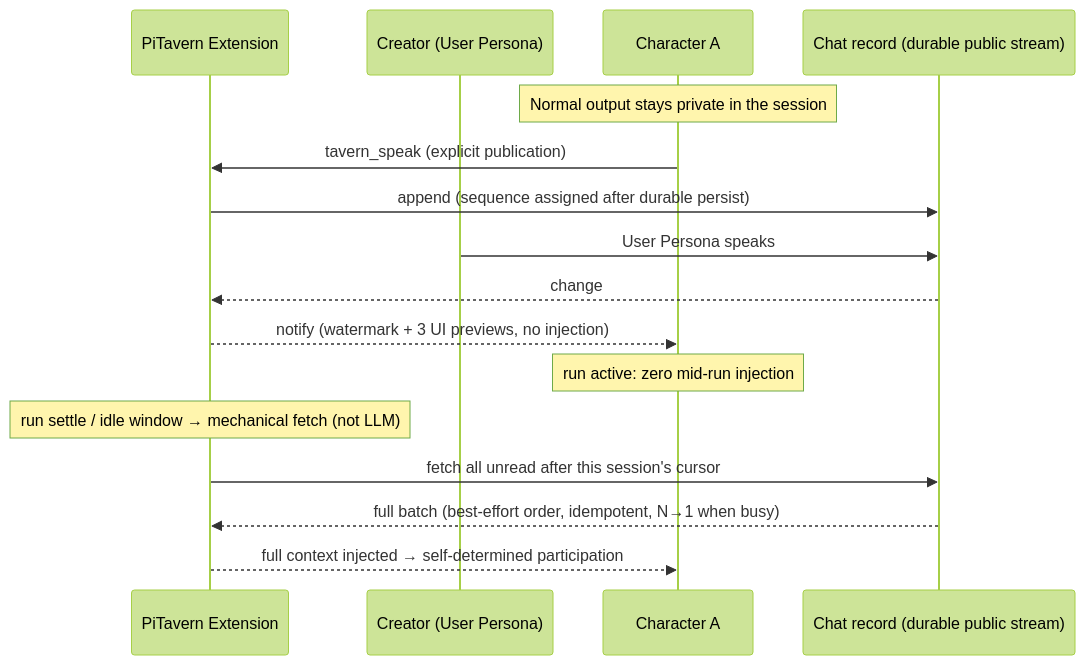
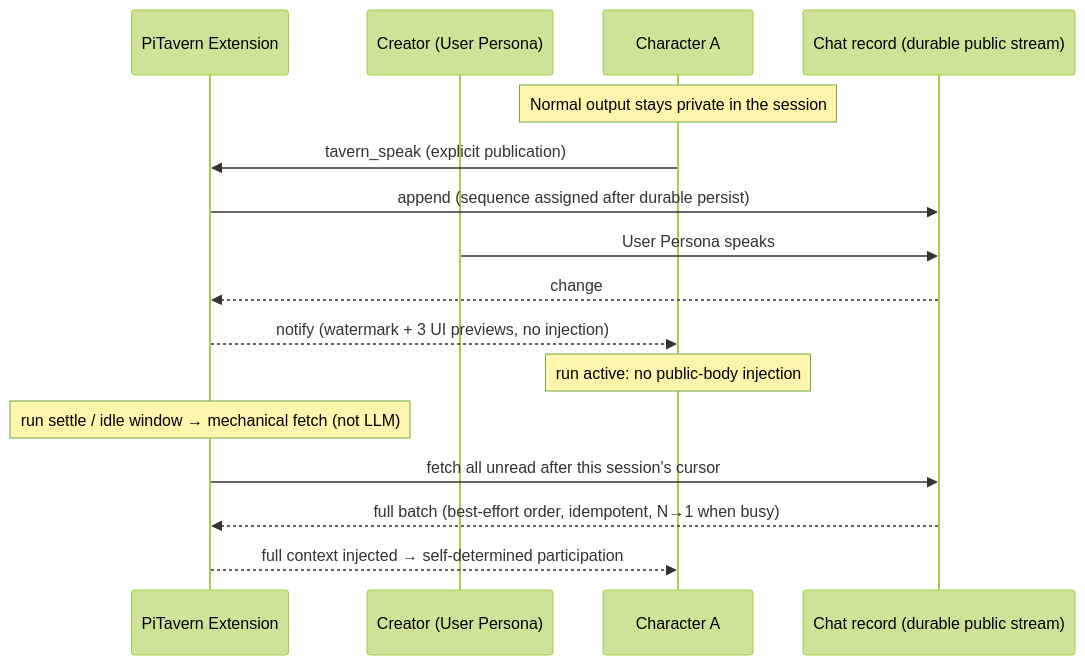
The first of 6 diagrams in README.en.md (icylight/pi-tavern), drawn with Mermaid (forest theme) before and after one commit. The commit also changed other lines of this file and 1 other file, not shown here.

Commit message:
docs(readme): 表述收敛——run 注入限定公共消息正文（概述/时序图/差异三处）+ 去「绝不跳过」改正常语义（新 Session 无游标从完整历史拉取）+ 安装步骤（Git 仓库开发版，User 审查修正）

````diff
--- a/README.en.md
+++ b/README.en.md
@@ -35,19 +36,19 @@
 ```mermaid
 sequenceDiagram
     participant E as PiTavern Extension
     participant C as Creator (User Persona)
     participant A as Character A
     participant S as Chat record (durable public stream)
 
     Note over A: Normal output stays private in the session
     A->>E: tavern_speak (explicit publication)
     E->>S: append (sequence assigned after durable persist)
     C->>S: User Persona speaks
     S-->>E: change
     E-->>A: notify (watermark + 3 UI previews, no injection)
-    Note over A: run active: zero mid-run injection
+    Note over A: run active: no public-body injection
     Note over E: run settle / idle window → mechanical fetch (not LLM)
     E->>S: fetch all unread after this session's cursor
     S-->>E: full batch (best-effort order, idempotent, N→1 when busy)
     E-->>A: full context injected → self-determined participation
 ```
````
